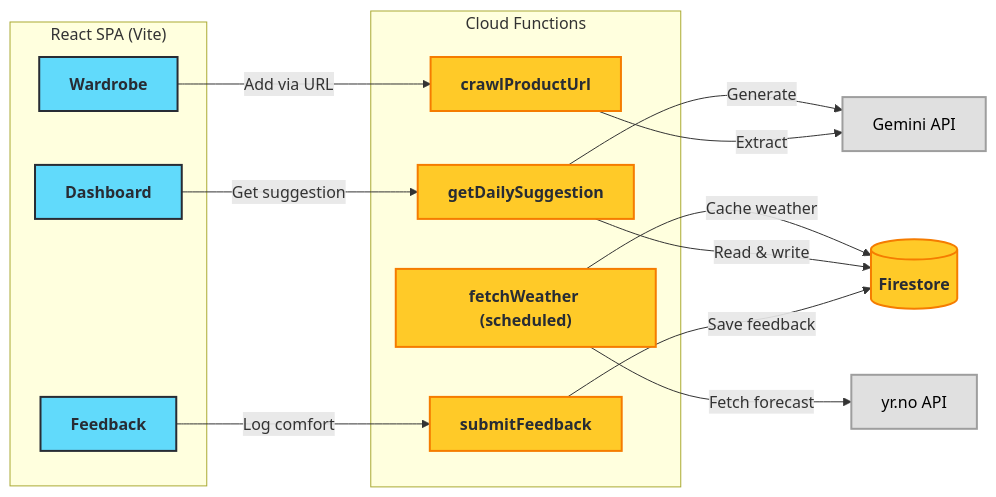
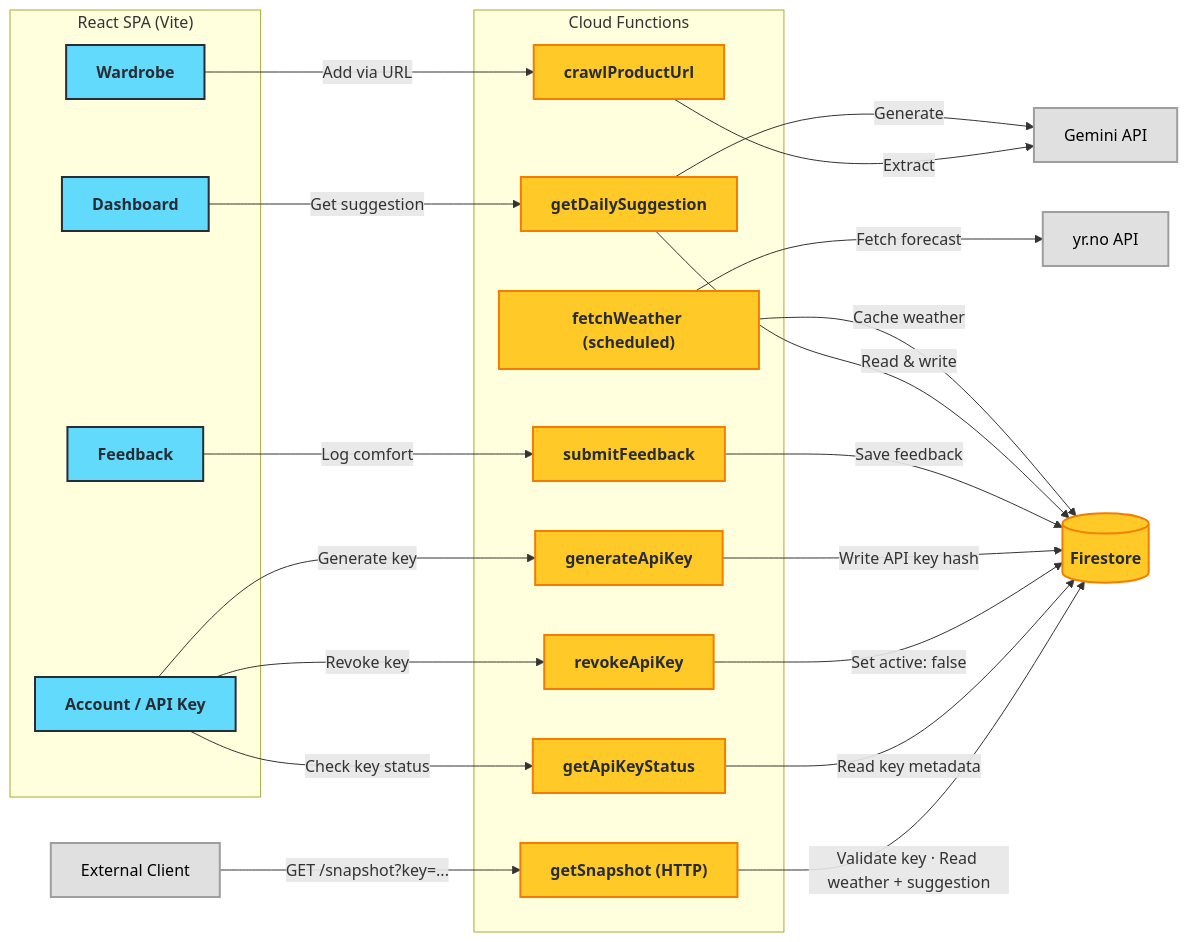
The diagram in README.md (ashenr/weather-wear), drawn with Mermaid before and after one commit. The commit also changed other lines of this file, not shown here.

Commit message:
chore: Update Readme - add API key generation and external access for weather data via REST endpoint

````diff
--- a/README.md
+++ b/README.md
@@ -70,42 +71,57 @@
 ```mermaid
 graph LR
     %% Styling
     classDef react fill:#61dafb,stroke:#282c34,stroke-width:2px,color:#282c34,font-weight:bold
     classDef firebase fill:#ffca28,stroke:#f57c00,stroke-width:2px,color:#282c34,font-weight:bold
     classDef external fill:#e0e0e0,stroke:#9e9e9e,stroke-width:2px,color:#000
 
     %% React SPA
     subgraph SPA["React SPA (Vite)"]
         DB[Dashboard]:::react
         WD[Wardrobe]:::react
         FB[Feedback]:::react
+        AK[Account / API Key]:::react
     end
 
     %% Cloud Functions
     subgraph CF[Cloud Functions]
         GDS[getDailySuggestion]:::firebase
         FW["fetchWeather (scheduled)"]:::firebase
         CPU[crawlProductUrl]:::firebase
         SF[submitFeedback]:::firebase
+        GAK[generateApiKey]:::firebase
+        RAK[revokeApiKey]:::firebase
+        AKS[getApiKeyStatus]:::firebase
+        SNP["getSnapshot (HTTP)"]:::firebase
     end
 
     %% Storage & Externals
     FS[(Firestore)]:::firebase
     YR[yr.no API]:::external
     GM[Gemini API]:::external
 
     %% SPA → Functions
     DB -->|Get suggestion| GDS
     WD -->|Add via URL| CPU
     FB -->|Log comfort| SF
+    AK -->|Generate key| GAK
+    AK -->|Revoke key| RAK
+    AK -->|Check key status| AKS
+
+    %% Public REST
+    EXT["External Client"]:::external -->|"GET /snapshot?key=..."| SNP
 
     %% Functions → External
     FW -->|Fetch forecast| YR
     GDS -->|Generate| GM
     CPU -->|Extract| GM
 
     %% Functions → Firestore
     FW -->|Cache weather| FS
     GDS -->|Read & write| FS
     SF -->|Save feedback| FS
+    GAK -->|Write API key hash| FS
+    RAK -->|Set active: false| FS
+    AKS -->|Read key metadata| FS
+    SNP -->|Validate key · Read weather + suggestion| FS
 ```
````
